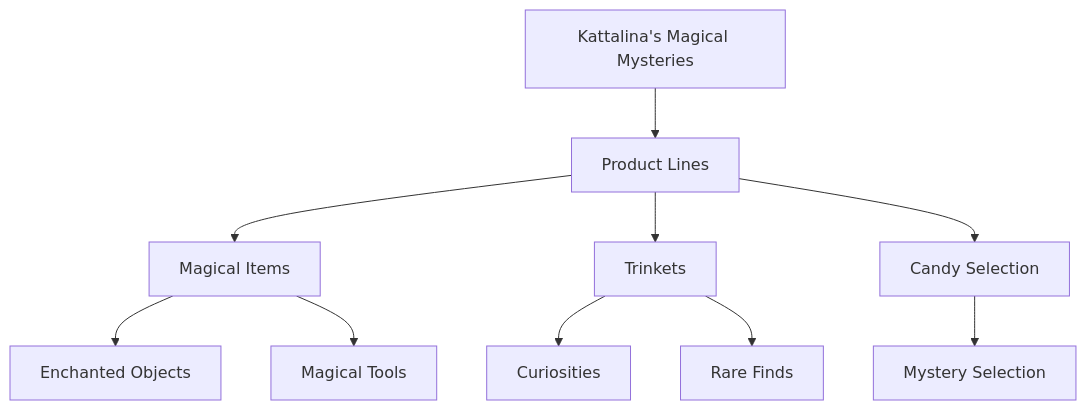
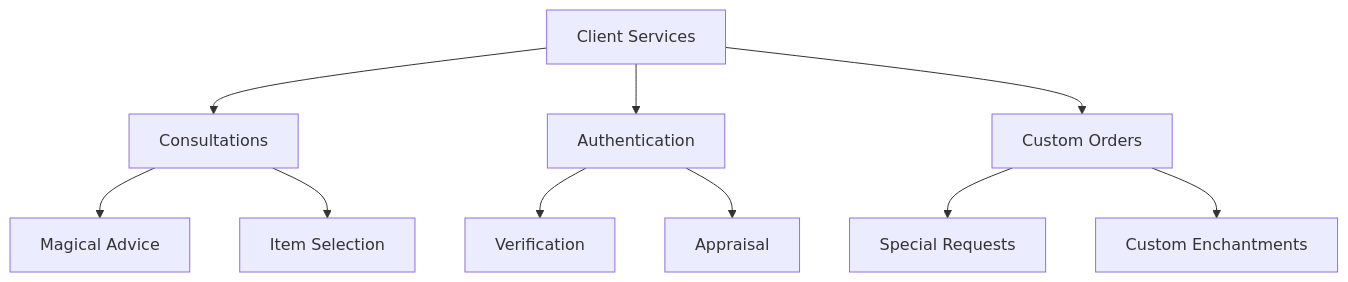
One commit to NovemberFalls/DND_Etorolth changed the second of 2 diagrams in 01. Etorolth/05. The Clouds/Dispel And That Spell.md. Above: the diagram before and after it, drawn with Mermaid. The commit also changed other lines of this file and 6 other files, not shown here.

````diff
--- a/01. Etorolth/05. The Clouds/Dispel And That Spell.md
+++ b/01. Etorolth/05. The Clouds/Dispel And That Spell.md
@@ -29,12 +135,15 @@
 ```mermaid
 graph TD
-    A[Kattalina's Magical Mysteries] --> B[Product Lines]
-    B --> C[Magical Items]
-    B --> D[Trinkets]
-    B --> E[Candy Selection]
-    C --> F[Enchanted Objects]
-    C --> G[Magical Tools]
-    D --> H[Curiosities]
-    D --> I[Rare Finds]
-    E --> J[Mystery Selection]
+    A[Client Services] --> B[Consultations]
+    A --> C[Authentication]
+    A --> D[Custom Orders]
+    
+    B --> E[Magical Advice]
+    B --> F[Item Selection]
+    
+    C --> G[Verification]
+    C --> H[Appraisal]
+    
+    D --> I[Special Requests]
+    D --> J[Custom Enchantments]
 ```
````
